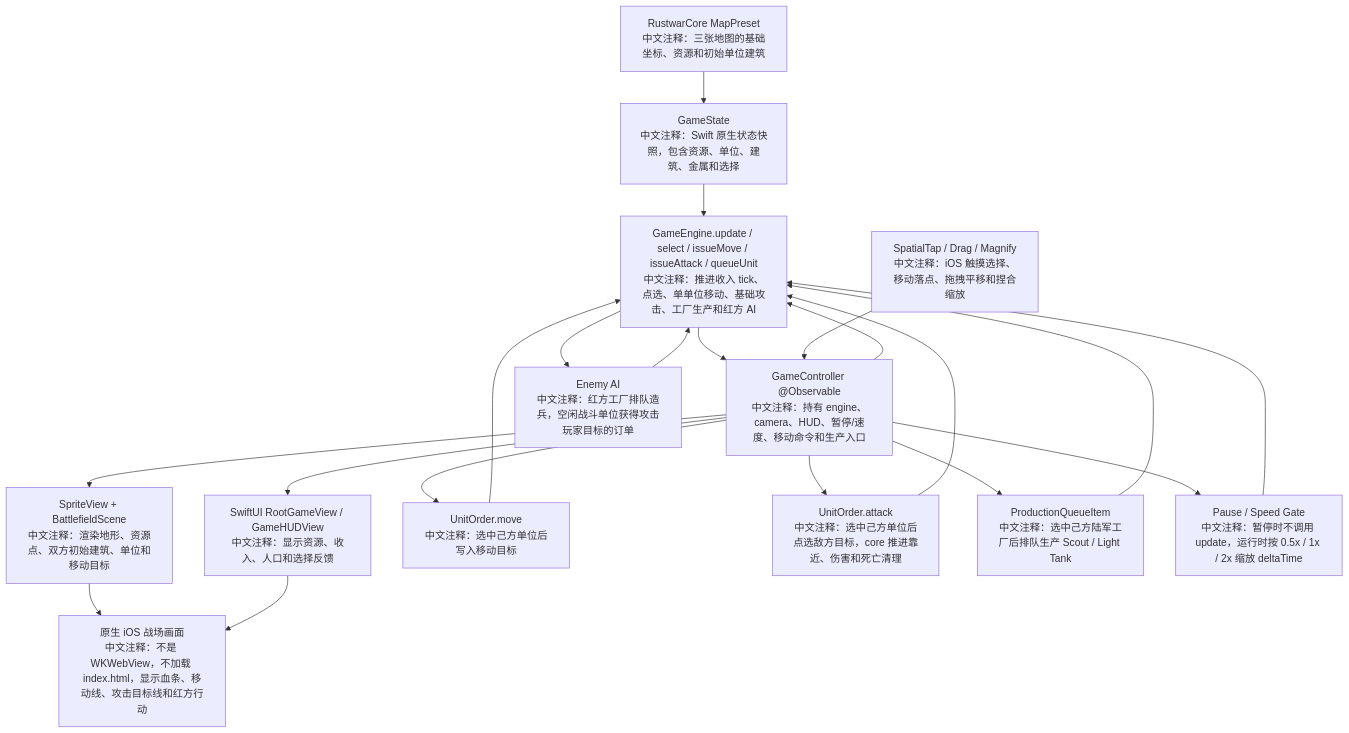
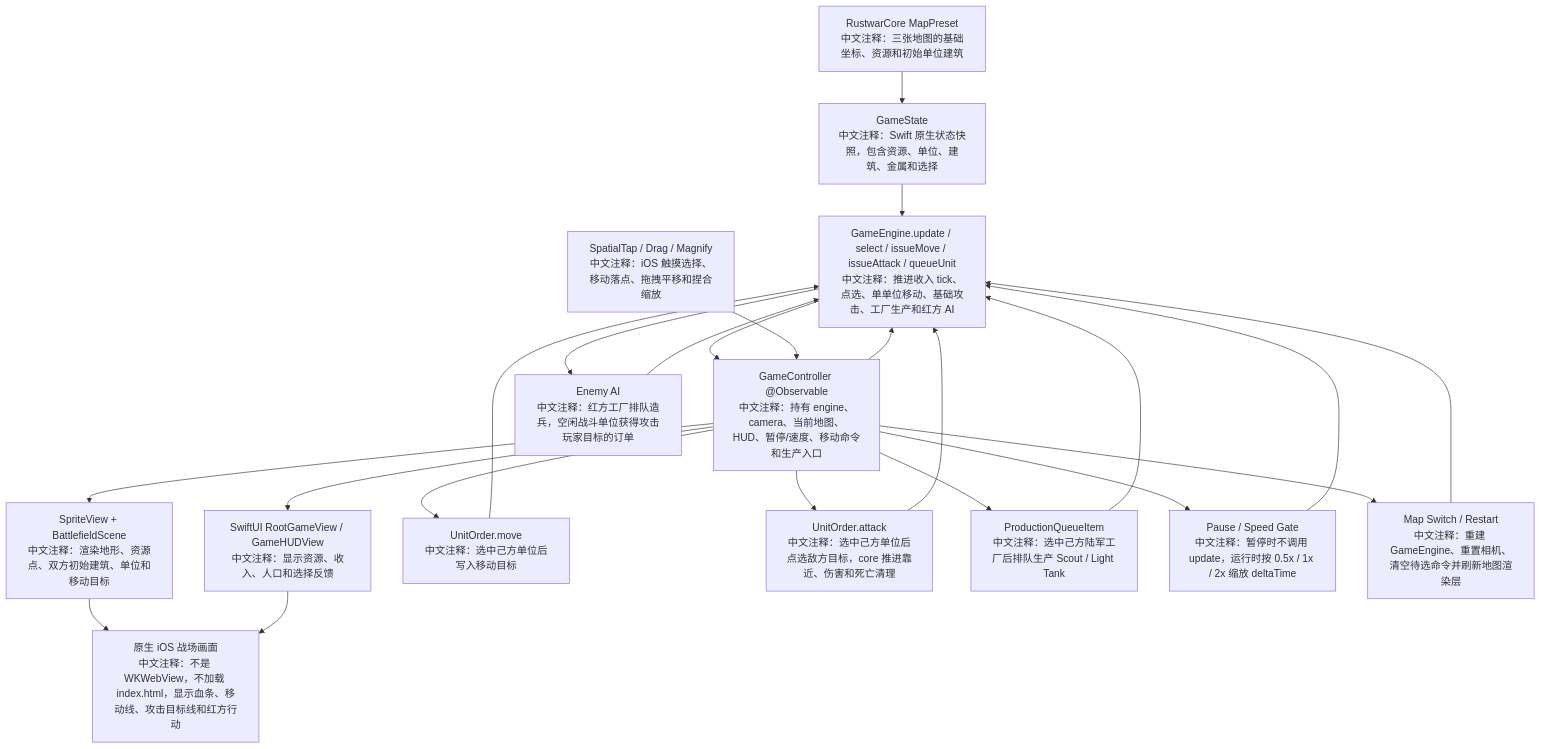
One commit to Altman-sam114/120 changed the third of 5 diagrams in md/flow/flowchart.md. Above: the diagram before and after it, drawn with Mermaid. The commit also changed 8 other files, not shown here.

Commit message:
v1.6: add iOS map switch and restart

````diff
--- a/md/flow/flowchart.md
+++ b/md/flow/flowchart.md
@@ -52,22 +52,24 @@
 ```mermaid
 flowchart TD
   P["RustwarCore MapPreset<br/>中文注释：三张地图的基础坐标、资源和初始单位建筑"] --> S["GameState<br/>中文注释：Swift 原生状态快照，包含资源、单位、建筑、金属和选择"]
   S --> E["GameEngine.update / select / issueMove / issueAttack / queueUnit<br/>中文注释：推进收入 tick、点选、单单位移动、基础攻击、工厂生产和红方 AI"]
-  E --> C["GameController @Observable<br/>中文注释：持有 engine、camera、HUD、暂停/速度、移动命令和生产入口"]
+  E --> C["GameController @Observable<br/>中文注释：持有 engine、camera、当前地图、HUD、暂停/速度、移动命令和生产入口"]
   C --> H["SwiftUI RootGameView / GameHUDView<br/>中文注释：显示资源、收入、人口和选择反馈"]
   C --> B["SpriteView + BattlefieldScene<br/>中文注释：渲染地形、资源点、双方初始建筑、单位和移动目标"]
   T["SpatialTap / Drag / Magnify<br/>中文注释：iOS 触摸选择、移动落点、拖拽平移和捏合缩放"] --> C
   C --> M["UnitOrder.move<br/>中文注释：选中己方单位后写入移动目标"]
   M --> E
   C --> A["UnitOrder.attack<br/>中文注释：选中己方单位后点选敌方目标，core 推进靠近、伤害和死亡清理"]
   A --> E
   C --> Q["ProductionQueueItem<br/>中文注释：选中己方陆军工厂后排队生产 Scout / Light Tank"]
   Q --> E
   C --> PS["Pause / Speed Gate<br/>中文注释：暂停时不调用 update，运行时按 0.5x / 1x / 2x 缩放 deltaTime"]
   PS --> E
+  C --> MP["Map Switch / Restart<br/>中文注释：重建 GameEngine、重置相机、清空待选命令并刷新地图渲染层"]
+  MP --> E
   E --> AI["Enemy AI<br/>中文注释：红方工厂排队造兵，空闲战斗单位获得攻击玩家目标的订单"]
   AI --> E
   C --> E
   B --> O["原生 iOS 战场画面<br/>中文注释：不是 WKWebView，不加载 index.html，显示血条、移动线、攻击目标线和红方行动"]
   H --> O
 ```
````
